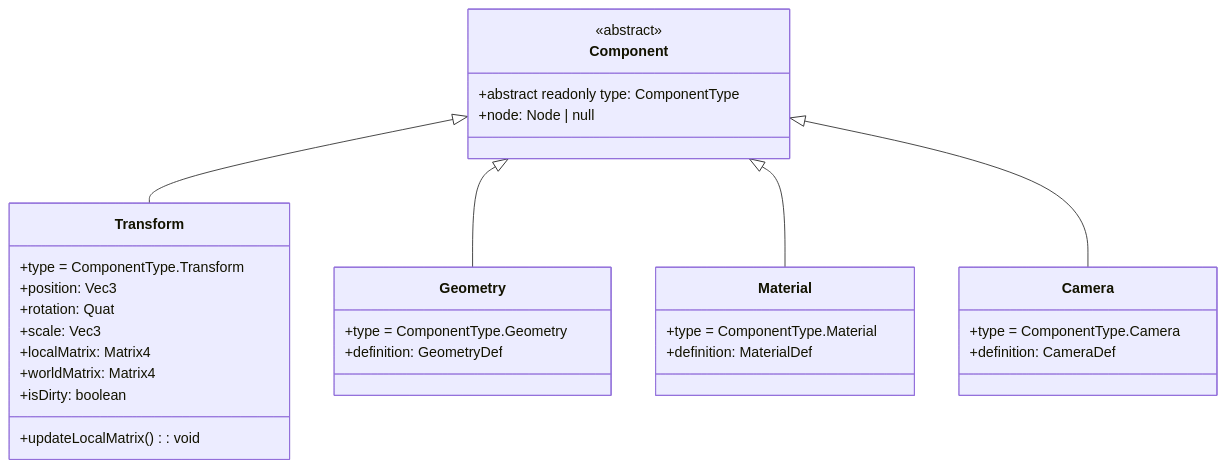
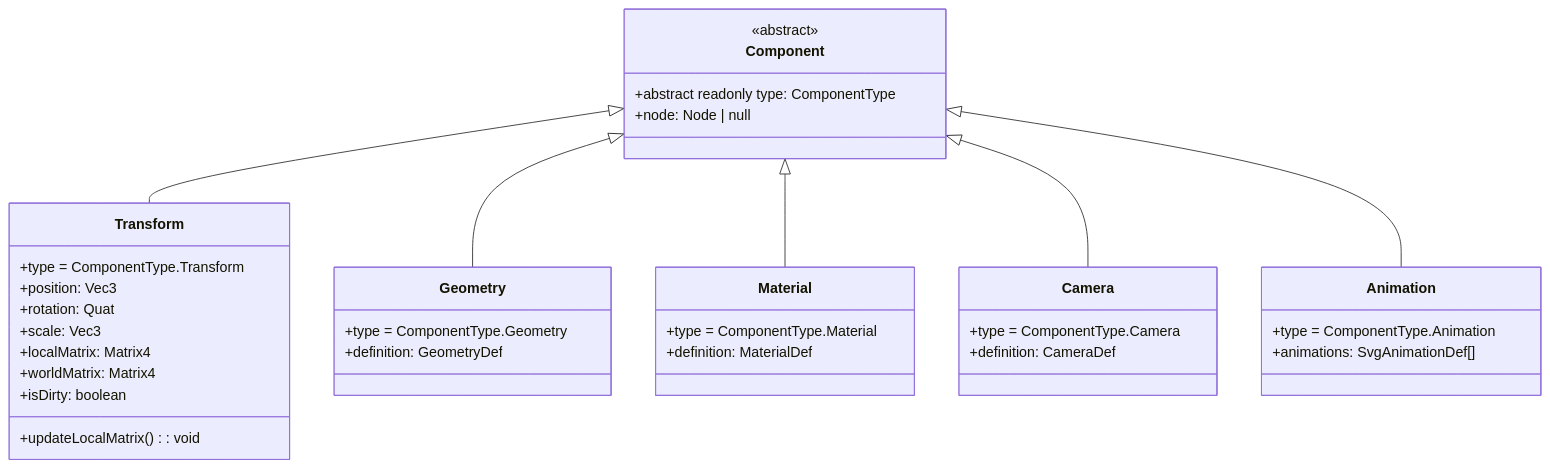
One commit to joshuacba08/oroya-animate changed the fourth of 10 diagrams in docs/api-reference.md. Above: the diagram before and after it, drawn with Mermaid. The commit also changed other lines of this file and 11 other files, not shown here.

````diff
--- a/docs/api-reference.md
+++ b/docs/api-reference.md
@@ -280,34 +288,39 @@
 ```mermaid
 classDiagram
     class Component {
         <<abstract>>
         +abstract readonly type: ComponentType
         +node: Node | null
     }
     class Transform {
         +type = ComponentType.Transform
         +position: Vec3
         +rotation: Quat
         +scale: Vec3
         +localMatrix: Matrix4
         +worldMatrix: Matrix4
         +isDirty: boolean
         +updateLocalMatrix(): void
     }
     class Geometry {
         +type = ComponentType.Geometry
         +definition: GeometryDef
     }
     class Material {
         +type = ComponentType.Material
         +definition: MaterialDef
     }
     class Camera {
         +type = ComponentType.Camera
         +definition: CameraDef
     }
+    class Animation {
+        +type = ComponentType.Animation
+        +animations: SvgAnimationDef[]
+    }
     Component <|-- Transform
     Component <|-- Geometry
     Component <|-- Material
     Component <|-- Camera
+    Component <|-- Animation
 ```
````
